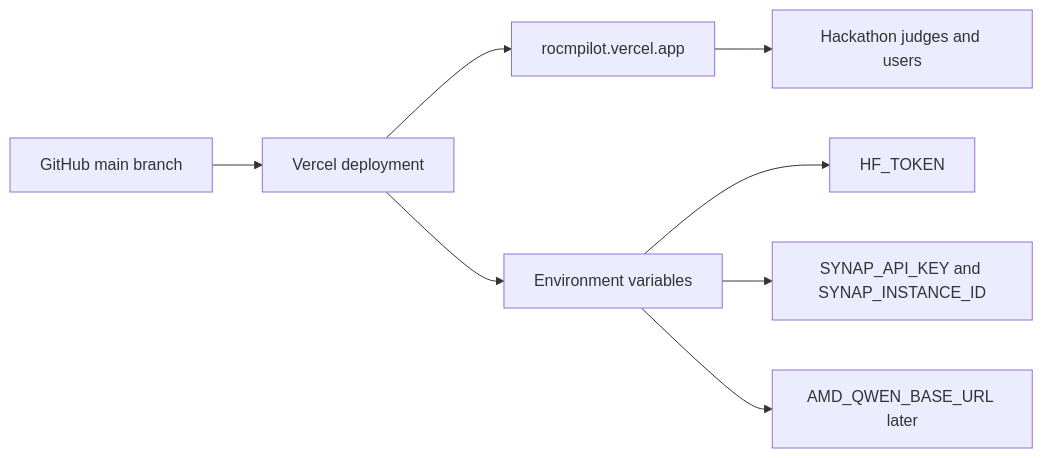
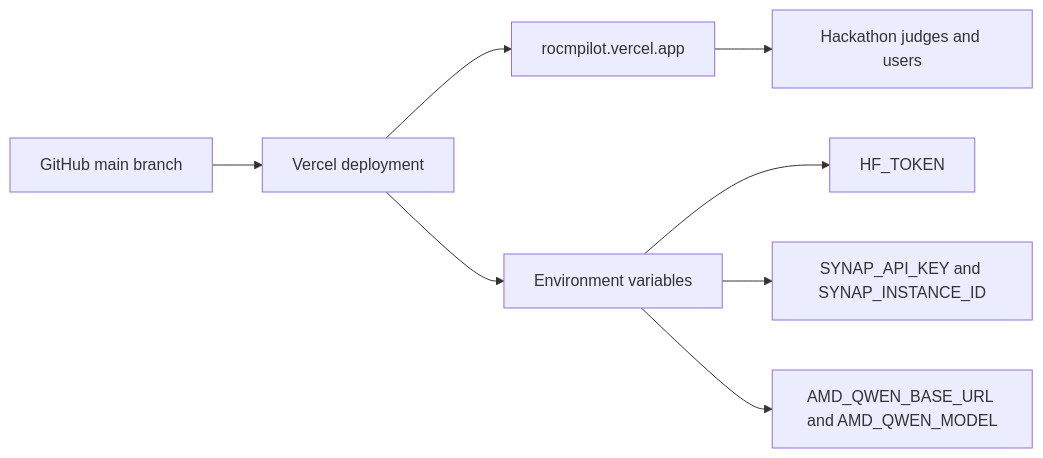
Before and after one commit to shivambhartiya/rocmpilot: the ninth of 10 diagrams in TECHNICAL_WALKTHROUGH.md, drawn with Mermaid. The commit also changed other lines of this file and 1 other file, not shown here.

````diff
--- a/TECHNICAL_WALKTHROUGH.md
+++ b/TECHNICAL_WALKTHROUGH.md
@@ -317,10 +375,10 @@
 ```mermaid
 flowchart LR
   DEV["GitHub main branch"] --> VERCEL["Vercel deployment"]
   VERCEL --> APP["rocmpilot.vercel.app"]
   VERCEL --> ENV["Environment variables"]
   ENV --> HFENV["HF_TOKEN"]
   ENV --> SYNENV["SYNAP_API_KEY and SYNAP_INSTANCE_ID"]
-  ENV --> AMDENV["AMD_QWEN_BASE_URL later"]
+  ENV --> AMDENV["AMD_QWEN_BASE_URL and AMD_QWEN_MODEL"]
   APP --> USER["Hackathon judges and users"]
 ```
````
